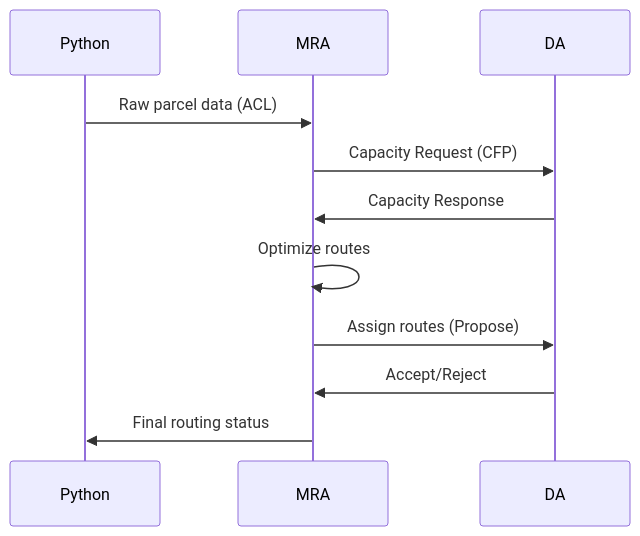
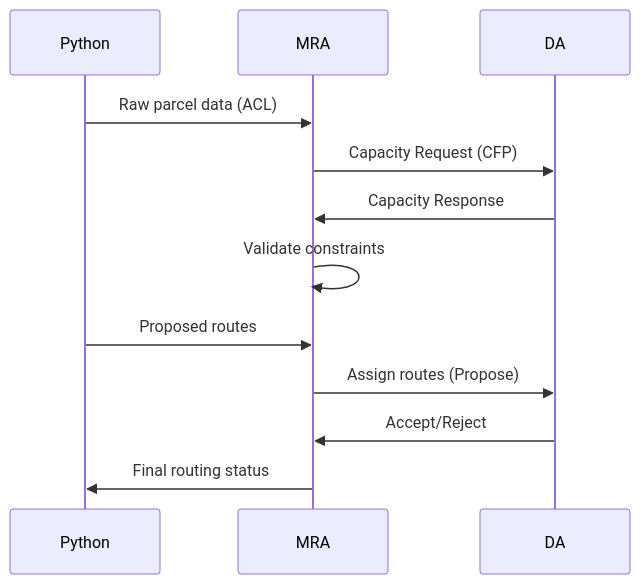
The diagram in .github/ISSUE_TEMPLATE/mra-enhancements.md (darklorddad/Swinburne_COS30018_IS_Delivery_Vehicle_Routing_System), drawn with Mermaid before and after one commit. The commit also changed other lines of this file, not shown here.

Commit message:
docs: Update MRA enhancement requirements to focus on validation

````diff
--- a/.github/ISSUE_TEMPLATE/mra-enhancements.md
+++ b/.github/ISSUE_TEMPLATE/mra-enhancements.md
@@ -35,13 +35,14 @@
 ```mermaid
 sequenceDiagram
     participant Python
     participant MRA
     participant DA
     Python->>MRA: Raw parcel data (ACL)
     MRA->>DA: Capacity Request (CFP)
     DA->>MRA: Capacity Response
-    MRA->>MRA: Optimize routes
+    MRA->>MRA: Validate constraints
+    Python->>MRA: Proposed routes 
     MRA->>DA: Assign routes (Propose)
     DA->>MRA: Accept/Reject
     MRA->>Python: Final routing status
 ```
````
